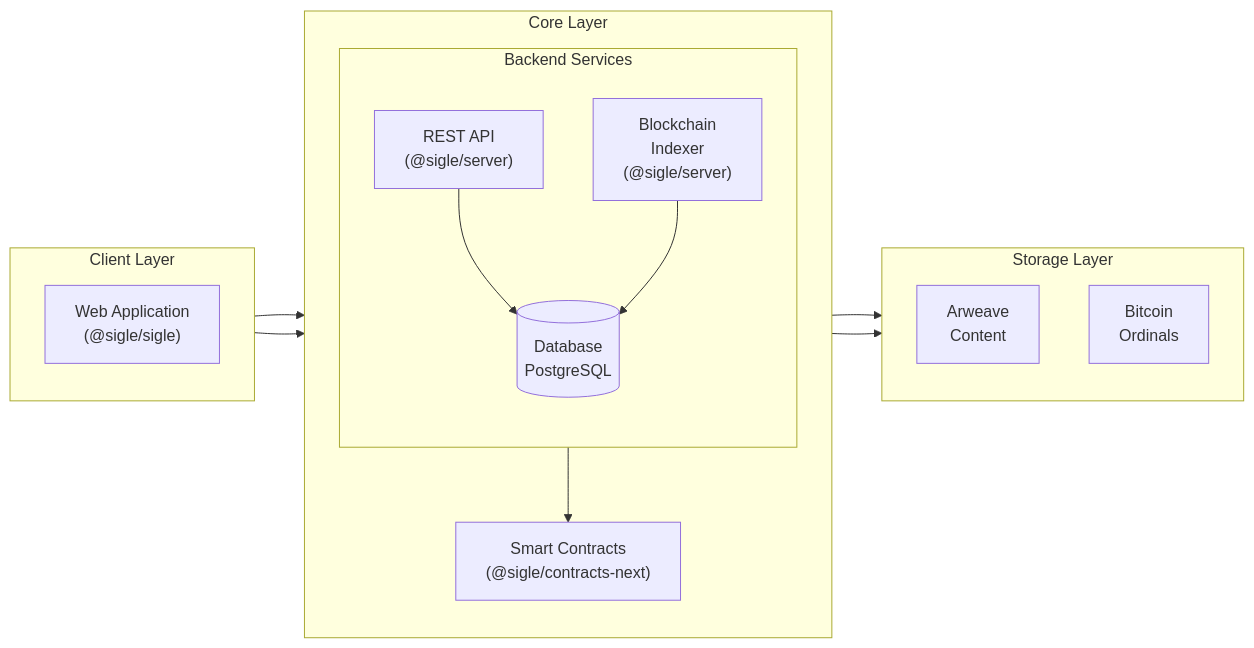
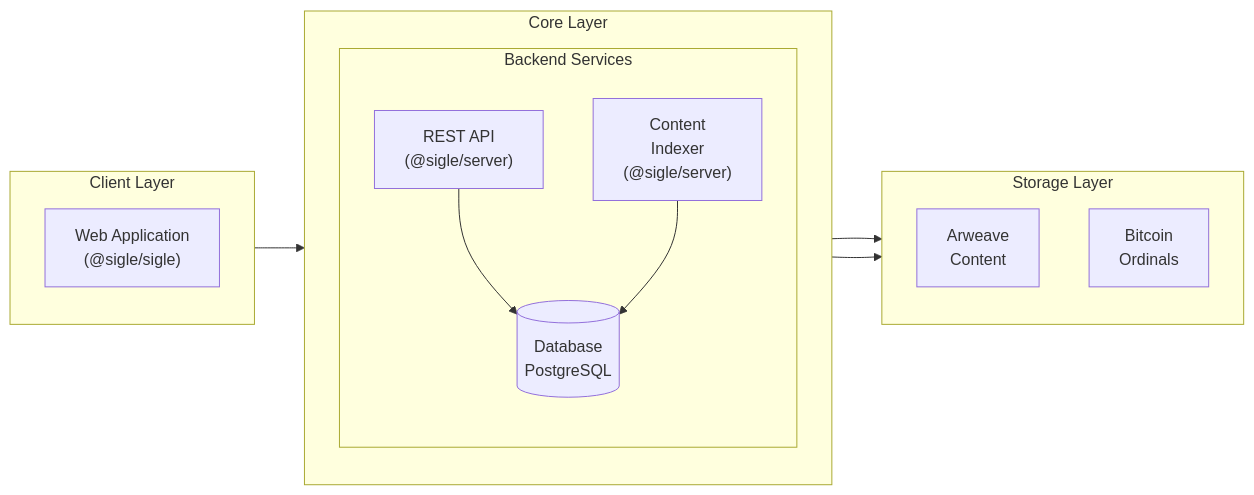
The diagram in apps/docs/src/content/docs/architecture.mdx (sigle/sigle), drawn with Mermaid before and after one commit. The commit also changed other lines of this file and 101 other files, not shown here.

````diff
--- a/apps/docs/src/content/docs/architecture.mdx
+++ b/apps/docs/src/content/docs/architecture.mdx
@@ -15,37 +14,34 @@
 ```mermaid
 flowchart LR
     %% Define core application components
     subgraph Client[" Client Layer "]
         direction TB
         UI["Web Application<br/>(@sigle/sigle)"]
     end
 
     subgraph Core[" Core Layer "]
         direction TB
-        Contracts["Smart Contracts<br/>(@sigle/contracts-next)"]
 
         subgraph Backend[" Backend Services "]
             direction TB
             API["REST API<br/>(@sigle/server)"]
-            Indexer["Blockchain<br/>Indexer<br/>(@sigle/server)"]
+            Indexer["Content<br/>Indexer<br/>(@sigle/server)"]
             DB[(Database<br/>PostgreSQL)]
         end
     end
 
     subgraph Storage[" Storage Layer "]
         direction TB
         Arweave["Arweave<br/>Content"]
         Ordinals["Bitcoin<br/>Ordinals"]
     end
 
     %% Define connections
-    UI --> Contracts
     UI --> API
 
     API --> DB
     Indexer --> DB
 
-    Indexer --> Contracts
     Indexer --> Arweave
     Indexer --> Ordinals
 ```
````
